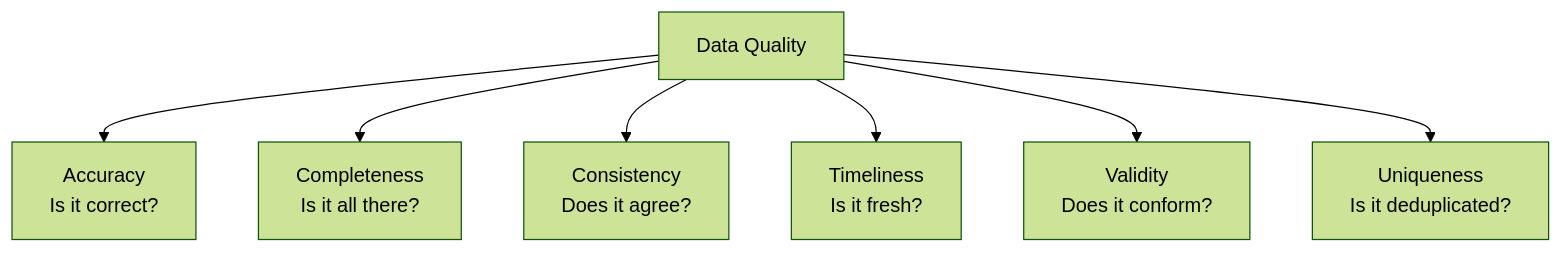
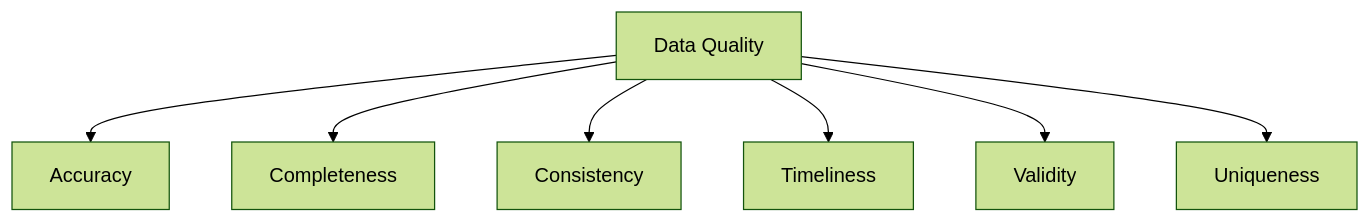
One commit to gcmishra7/data-engineering-helper changed the diagram in 04-data-quality/01-dq-dimensions.md. Above: the diagram before and after it, drawn with Mermaid (forest theme). The commit also changed other lines of this file and 57 other files, not shown here.

First line of the commit message:
Shorten mermaid node labels to fix text truncation on GitHub

````diff
--- a/04-data-quality/01-dq-dimensions.md
+++ b/04-data-quality/01-dq-dimensions.md
@@ -8,9 +8,9 @@
 ```mermaid
 graph TD
-    DQ[Data Quality] --> AC[Accuracy<br/>Is it correct?]
-    DQ --> CO[Completeness<br/>Is it all there?]
-    DQ --> CN[Consistency<br/>Does it agree?]
-    DQ --> TI[Timeliness<br/>Is it fresh?]
-    DQ --> VA[Validity<br/>Does it conform?]
-    DQ --> UN[Uniqueness<br/>Is it deduplicated?]
+    DQ[Data Quality] --> AC[Accuracy]
+    DQ --> CO[Completeness]
+    DQ --> CN[Consistency]
+    DQ --> TI[Timeliness]
+    DQ --> VA[Validity]
+    DQ --> UN[Uniqueness]
 ```
````
